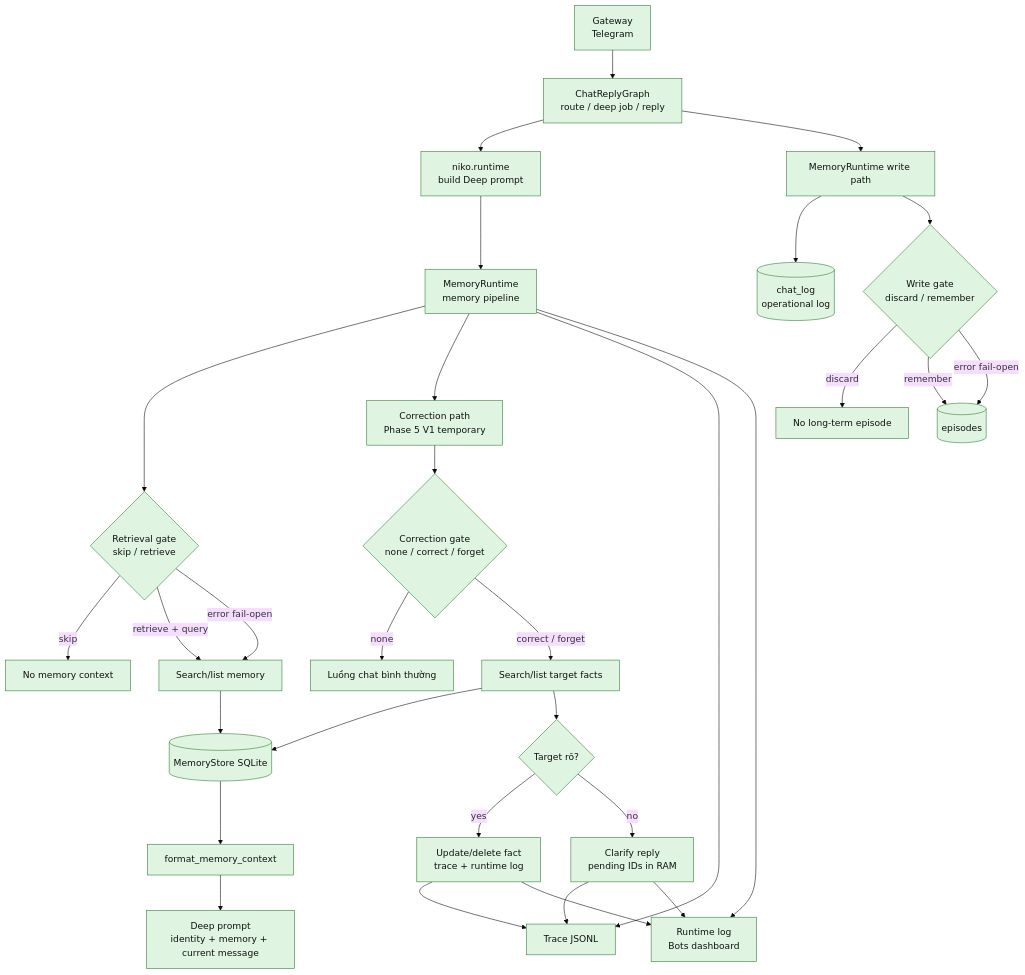
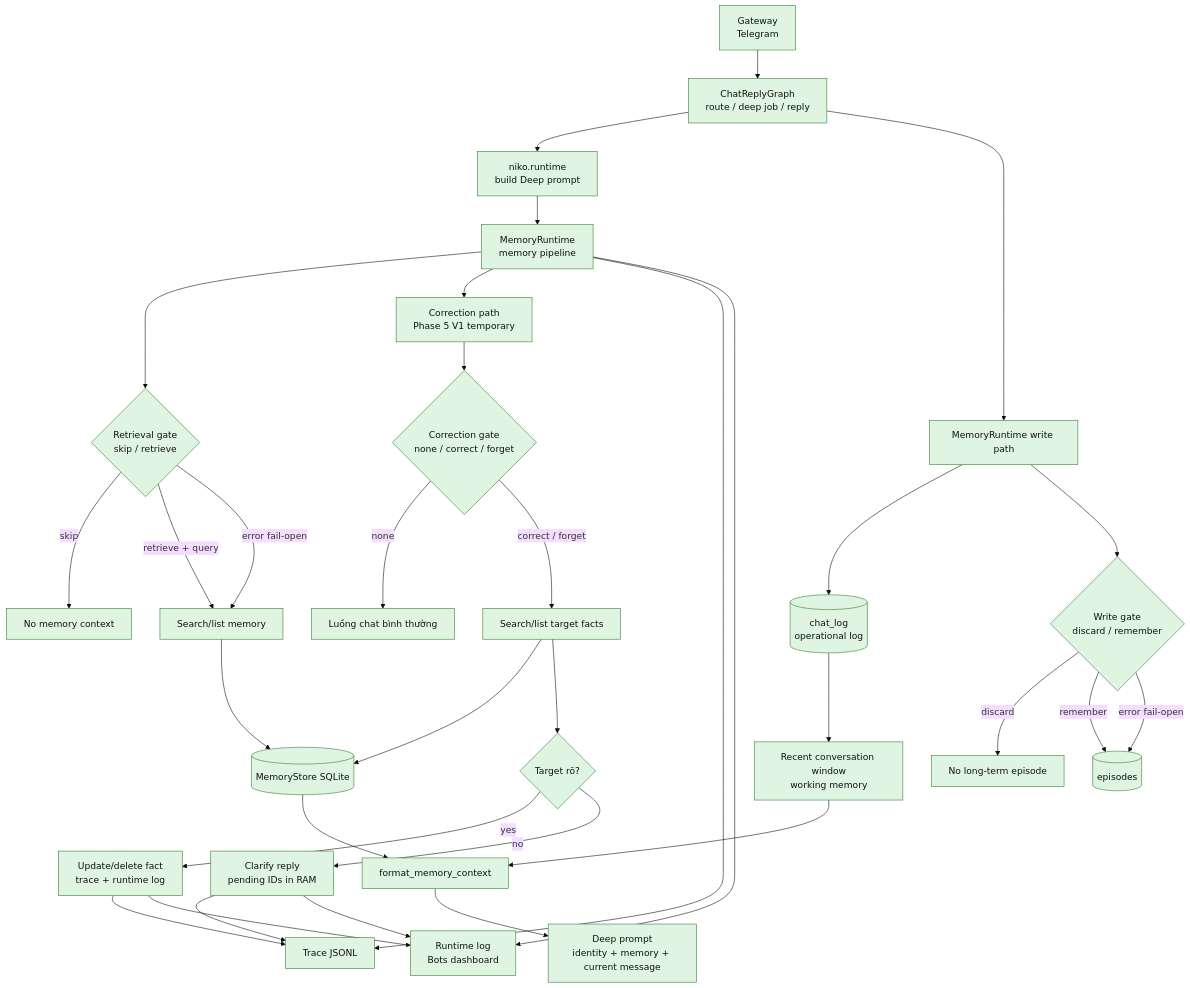
Before and after one commit to LuongAnh1/Niko_Agent: the second of 7 diagrams in docs/memory/chat-memory-architecture-flow.md, drawn with Mermaid (base theme). The commit also changed other lines of this file and 14 other files, not shown here.

Commit message:
feat: add recent working memory context

````diff
--- a/docs/memory/chat-memory-architecture-flow.md
+++ b/docs/memory/chat-memory-architecture-flow.md
@@ -47,44 +47,46 @@
 ```mermaid
 flowchart TB
     Gateway[Gateway<br/>Telegram] --> ChatGraph[ChatReplyGraph<br/>route / deep job / reply]
     ChatGraph --> DeepRuntime[niko.runtime<br/>build Deep prompt]
     DeepRuntime --> MemoryRuntime[MemoryRuntime<br/>memory pipeline]
 
     MemoryRuntime --> RetrievalGate{Retrieval gate<br/>skip / retrieve}
     RetrievalGate -->|skip| NoMemory[No memory context]
     RetrievalGate -->|retrieve + query| Retriever[Search/list memory]
     RetrievalGate -->|error fail-open| Retriever
 
     Retriever --> Store[(MemoryStore SQLite)]
+    ChatLog --> WorkingWindow[Recent conversation window<br/>working memory]
     Store --> Formatter[format_memory_context]
+    WorkingWindow --> Formatter
     Formatter --> DeepPrompt[Deep prompt<br/>identity + memory + current message]
 
     ChatGraph --> WritePath[MemoryRuntime write path]
     WritePath --> ChatLog[(chat_log<br/>operational log)]
     WritePath --> WriteGate{Write gate<br/>discard / remember}
     WriteGate -->|discard| NoEpisode[No long-term episode]
     WriteGate -->|remember| Episode[(episodes)]
     WriteGate -->|error fail-open| Episode
 
     MemoryRuntime --> CorrectionPath[Correction path<br/>Phase 5 V1 temporary]
     CorrectionPath --> CorrectionGate{Correction gate<br/>none / correct / forget}
     CorrectionGate -->|none| NoCorrection[Luồng chat bình thường]
     CorrectionGate -->|correct / forget| CorrectionSearch[Search/list target facts]
     CorrectionSearch --> Store
     CorrectionSearch --> CorrectionMatch{Target rõ?}
     CorrectionMatch -->|yes| CorrectionApply[Update/delete fact<br/>trace + runtime log]
     CorrectionMatch -->|no| CorrectionClarify[Clarify reply<br/>pending IDs in RAM]
 
     MemoryRuntime --> Trace[Trace JSONL]
     MemoryRuntime --> RuntimeLog[Runtime log<br/>Bots dashboard]
     CorrectionApply --> Trace
     CorrectionClarify --> Trace
     CorrectionApply --> RuntimeLog
     CorrectionClarify --> RuntimeLog
 
     classDef done fill:#dff5e1,stroke:#2e7d32,color:#111;
     classDef planned fill:#fff4cc,stroke:#b7791f,color:#111;
     classDef boundary fill:#f3f4f6,stroke:#6b7280,color:#111;
 
-    class Gateway,ChatGraph,DeepRuntime,MemoryRuntime,RetrievalGate,Retriever,Store,Formatter,DeepPrompt,WritePath,ChatLog,WriteGate,Episode,CorrectionPath,CorrectionGate,NoCorrection,CorrectionSearch,CorrectionMatch,CorrectionApply,CorrectionClarify,Trace,RuntimeLog,NoMemory,NoEpisode done;
+    class Gateway,ChatGraph,DeepRuntime,MemoryRuntime,RetrievalGate,Retriever,Store,Formatter,DeepPrompt,WritePath,ChatLog,WorkingWindow,WriteGate,Episode,CorrectionPath,CorrectionGate,NoCorrection,CorrectionSearch,CorrectionMatch,CorrectionApply,CorrectionClarify,Trace,RuntimeLog,NoMemory,NoEpisode done;
 ```
````
